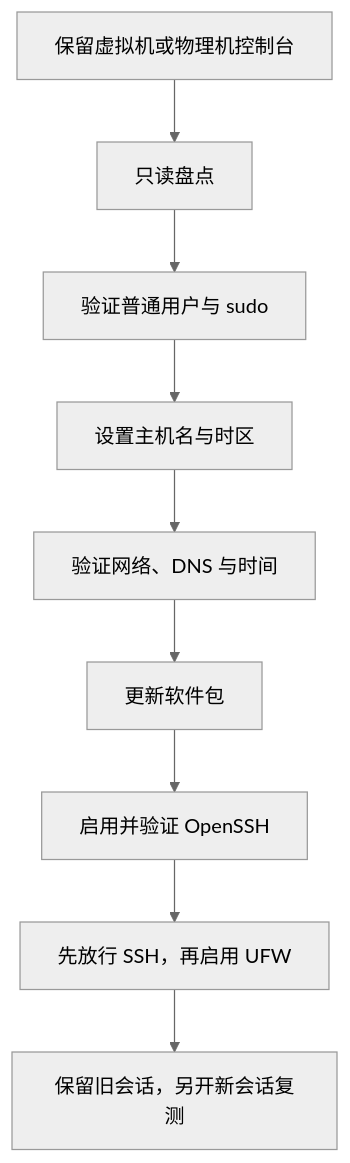
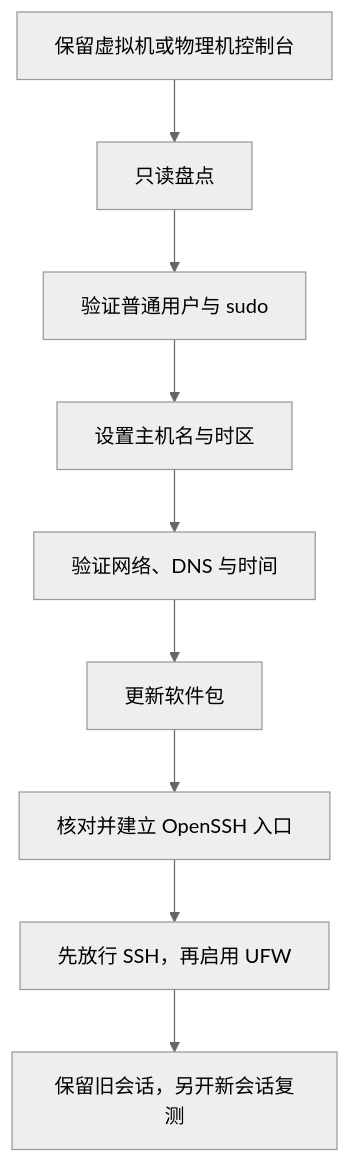
One commit to codeExpert666/Backend-Developer-Skills changed the diagram in Linux/系统管理/Ubuntu Server 初始化与基础安全.md. Above: the diagram before and after it, drawn with Mermaid (neutral theme). The commit also changed other lines of this file and 17 other files, not shown here.

````diff
--- a/Linux/系统管理/Ubuntu Server 初始化与基础安全.md
+++ b/Linux/系统管理/Ubuntu Server 初始化与基础安全.md
@@ -38,11 +44,11 @@
 ```mermaid
 flowchart TD
     A["保留虚拟机或物理机控制台"] --> B["只读盘点"]
     B --> C["验证普通用户与 sudo"]
     C --> D["设置主机名与时区"]
     D --> E["验证网络、DNS 与时间"]
     E --> F["更新软件包"]
-    F --> G["启用并验证 OpenSSH"]
+    F --> G["核对并建立 OpenSSH 入口"]
     G --> H["先放行 SSH，再启用 UFW"]
     H --> I["保留旧会话，另开新会话复测"]
 ```
````
